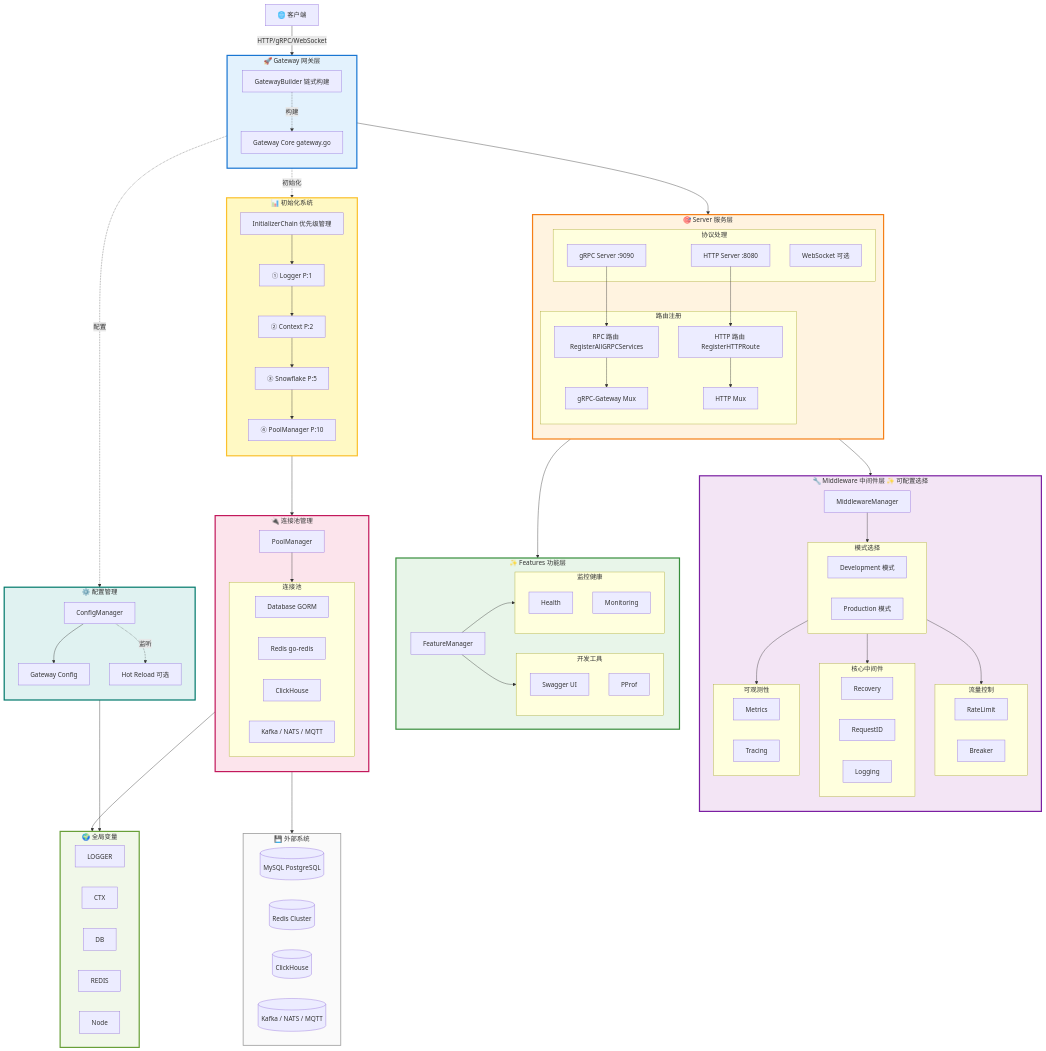
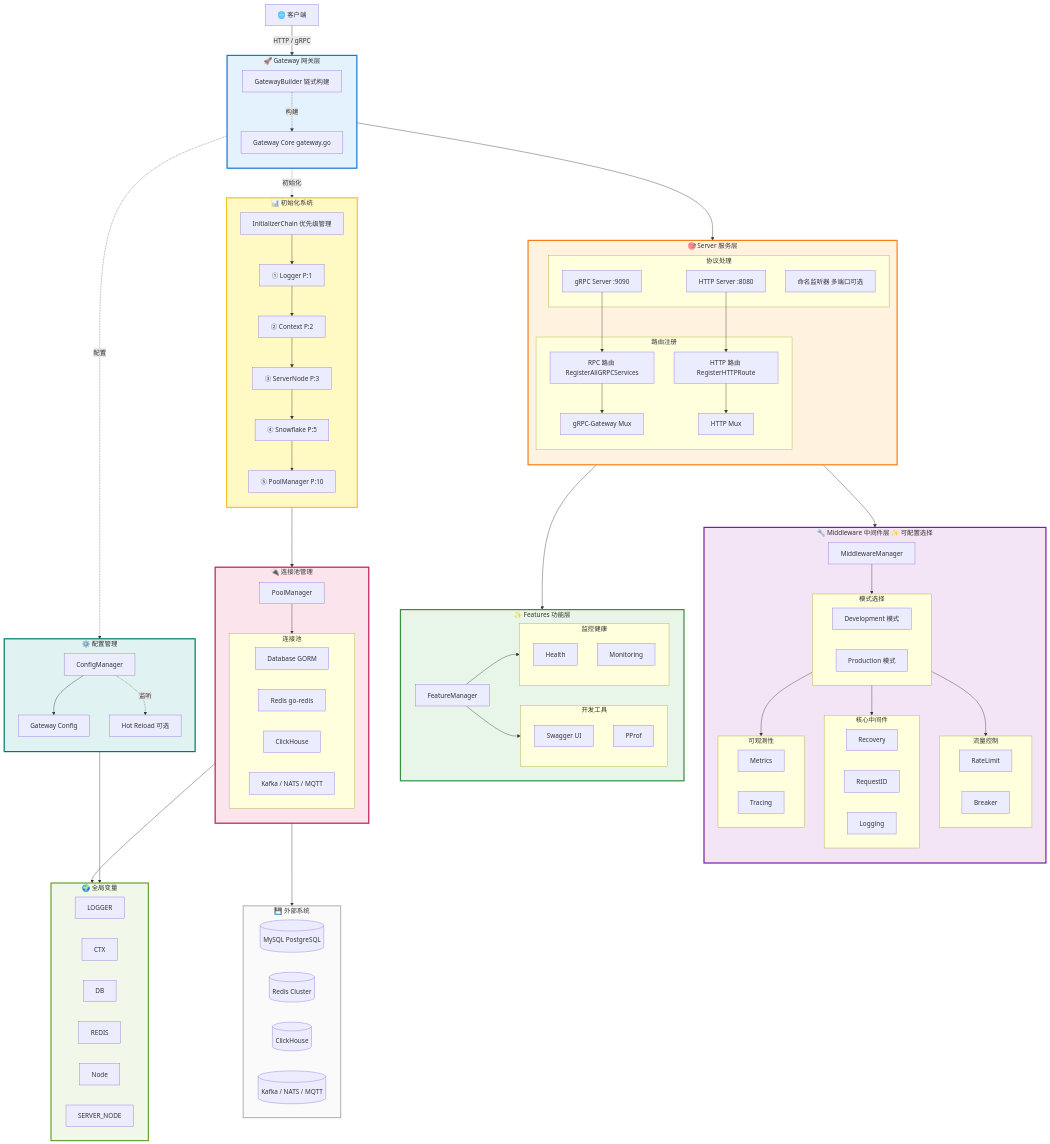
Before and after one commit to kamalyes/go-rpc-gateway: the first of 3 diagrams in README.md, drawn with Mermaid. The commit also changed other lines of this file and 17 other files, not shown here.

```diff
--- a/README.md
+++ b/README.md
@@ -36,7 +36,7 @@
     Client["🌐 客户端"]
     
     %% Gateway 入口
-    Client --> |HTTP/gRPC/WebSocket| Gateway
+    Client --> |HTTP / gRPC| Gateway
     
     subgraph Gateway["🚀 Gateway 网关层"]
         direction TB
@@ -54,7 +54,7 @@
         subgraph Protocol["协议处理"]
             GRPC["gRPC Server :9090"]
             HTTP["HTTP Server :8080"]
-            WS["WebSocket 可选"]
+            NL["命名监听器 多端口可选"]
         end
         
         subgraph Router["路由注册"]
@@ -134,10 +134,11 @@
         
         L1["① Logger P:1"]
         L2["② Context P:2"]
-        L3["③ Snowflake P:5"]
-        L4["④ PoolManager P:10"]
+        L3["③ ServerNode P:3"]
+        L4["④ Snowflake P:5"]
+        L5["⑤ PoolManager P:10"]
         
-        Chain --> L1 --> L2 --> L3 --> L4
+        Chain --> L1 --> L2 --> L3 --> L4 --> L5
     end
     
     %% 连接池管理
@@ -181,6 +182,7 @@
         G_DB["DB"]
         G_REDIS["REDIS"]
         G_Node["Node"]
+        G_SNODE["SERVER_NODE"]
     end
     
     %% 外部系统
```
